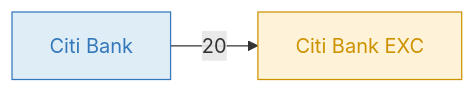
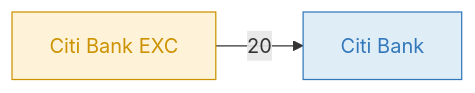
Before and after one commit to bkper/bkper-apps: the fourth of 4 diagrams in exchange-bot/README.md, drawn with Mermaid. The commit also changed other lines of this file, not shown here.

````diff
--- a/exchange-bot/README.md
+++ b/exchange-bot/README.md
@@ -99,7 +116,7 @@
 ```mermaid
 flowchart LR
-    CB["Citi Bank"]:::asset -- "20" --> EXC["Citi Bank EXC"]:::liability
+    EXC["Citi Bank EXC"]:::liability -- "20" --> CB["Citi Bank"]:::asset
 
     classDef asset fill:#dfedf6,stroke:#3478bc,color:#3478bc
     classDef liability fill:#fef3d8,stroke:#cc9200,color:#cc9200
 ```
````
